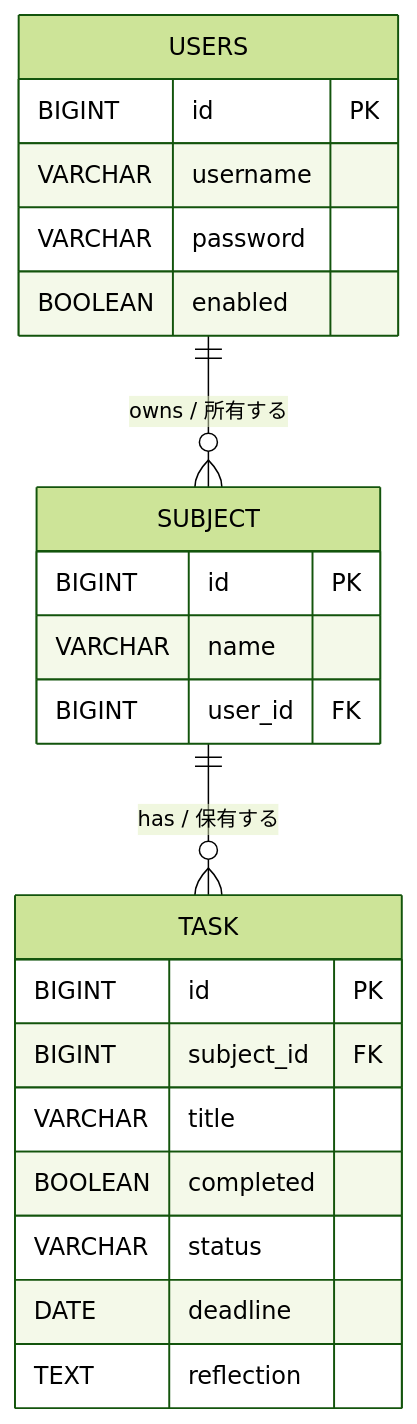
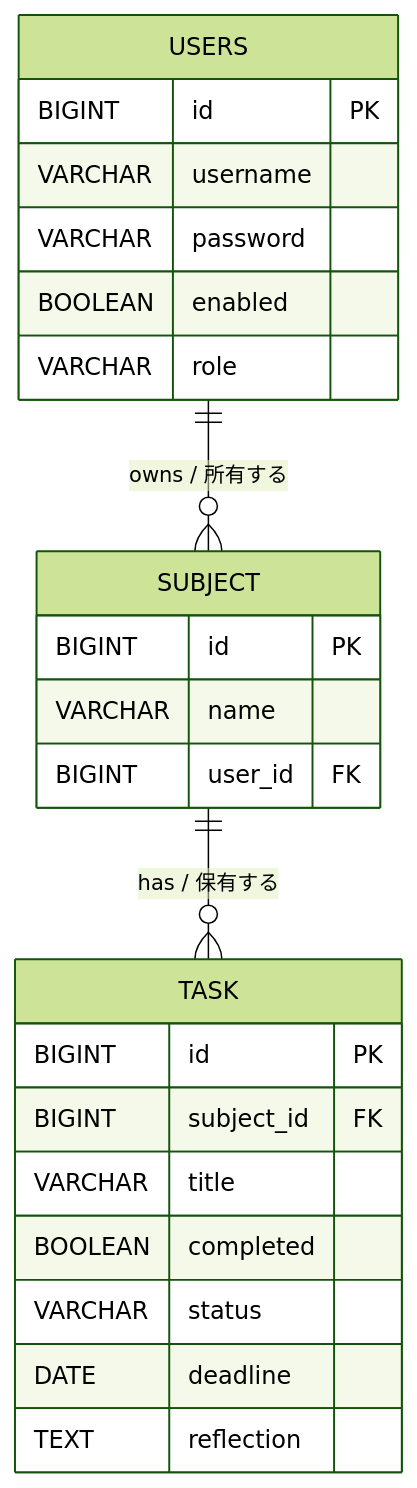
The diagram in README.md (taidonn1216/java-study-tracker), drawn with Mermaid (forest theme) before and after one commit. The commit also changed other lines of this file and 11 other files, not shown here.

````diff
--- a/README.md
+++ b/README.md
@@ -246,27 +250,28 @@
 ```mermaid
 erDiagram
      USERS {
         BIGINT id PK 
         VARCHAR username 
         VARCHAR password 
         BOOLEAN enabled 
+        VARCHAR role
     }
 
     SUBJECT {
         BIGINT id PK 
         VARCHAR name 
         BIGINT user_id FK 
     }
 
     TASK {
         BIGINT id PK 
         BIGINT subject_id FK 
         VARCHAR title 
         BOOLEAN completed 
         VARCHAR status 
         DATE deadline 
         TEXT reflection 
     }
     USERS ||--o{ SUBJECT : "owns / 所有する"
     SUBJECT ||--o{ TASK : "has / 保有する"
 ```
````
